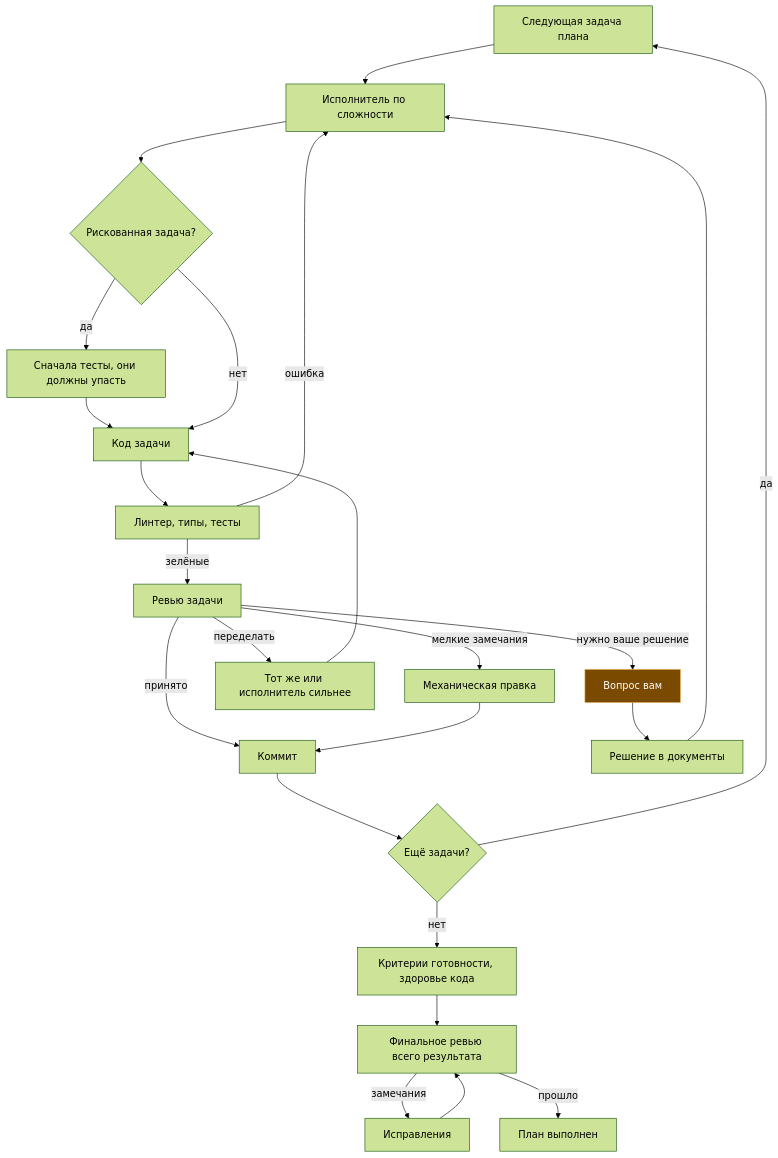
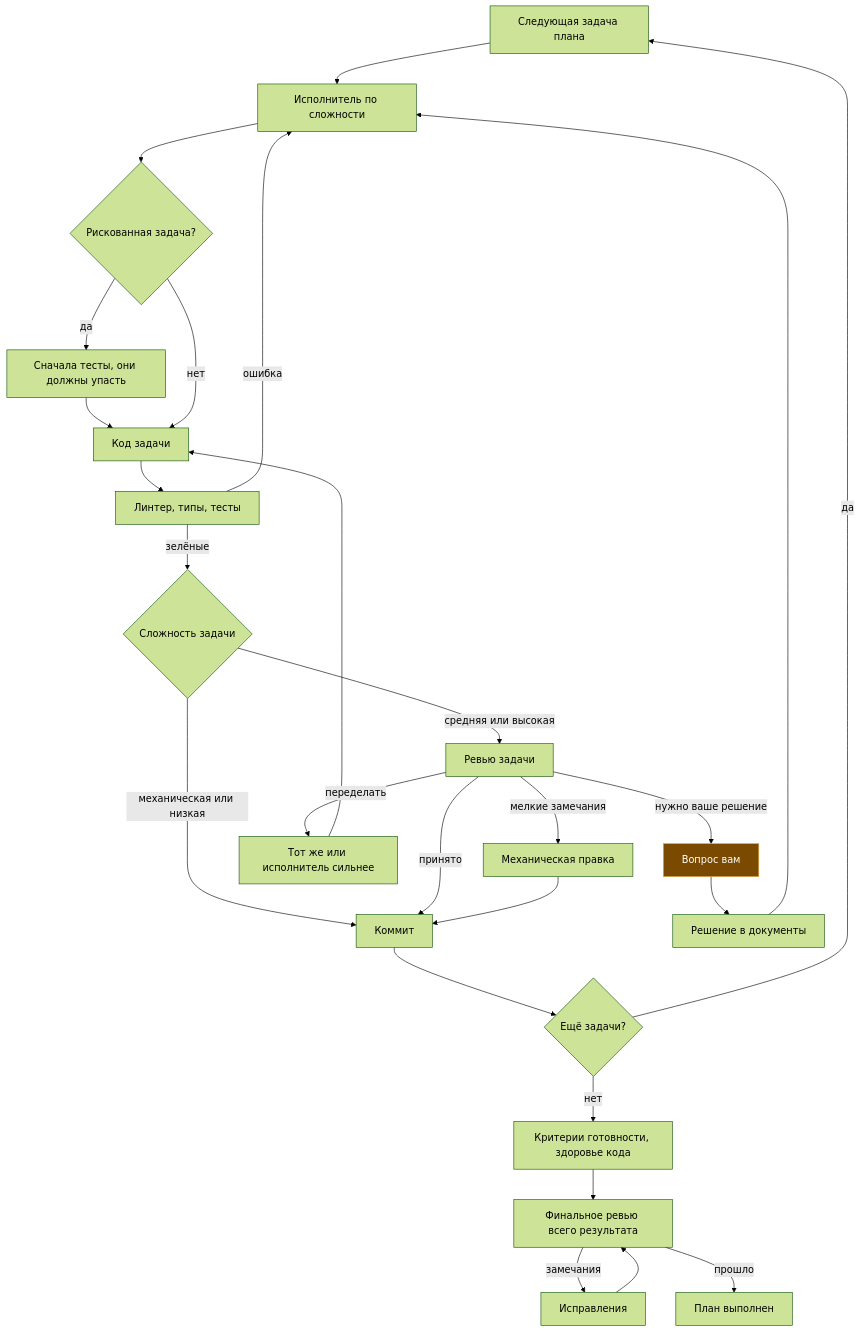
One commit to Idontlikedrinkpivo/web-dev-pipeline-claude-plugin changed the third of 4 diagrams in README.md. Above: the diagram before and after it, drawn with Mermaid (forest theme). The commit also changed other lines of this file and 7 other files, not shown here.

````diff
--- a/README.md
+++ b/README.md
@@ -345,28 +1069,30 @@
 ```mermaid
 flowchart TD
     A[Следующая задача плана] --> B[Исполнитель по сложности]
     B --> T{Рискованная задача?}
     T -- да --> T1[Сначала тесты, они должны упасть]
     T1 --> C[Код задачи]
     T -- нет --> C
     C --> L[Линтер, типы, тесты]
     L -- ошибка --> B
-    L -- зелёные --> R[Ревью задачи]
-    R -- принято --> K[Коммит]
+    L -- зелёные --> G{Сложность задачи}
+    G -- механическая или низкая --> K[Коммит]
+    G -- средняя или высокая --> R[Ревью задачи]
+    R -- принято --> K
     R -- мелкие замечания --> M[Механическая правка]
     M --> K
     R -- переделать --> E[Тот же или исполнитель сильнее]
     E --> C
     R -- нужно ваше решение --> U[Вопрос вам]
     U --> W[Решение в документы]
     W --> B
     K --> N{Ещё задачи?}
     N -- да --> A
     N -- нет --> H[Критерии готовности, здоровье кода]
     H --> F[Финальное ревью всего результата]
     F -- замечания --> X[Исправления]
     X --> F
     F -- прошло --> Z[План выполнен]
     classDef you fill:#7a4a00,stroke:#e0a040,color:#ffffff
     class U you
 ```
````
